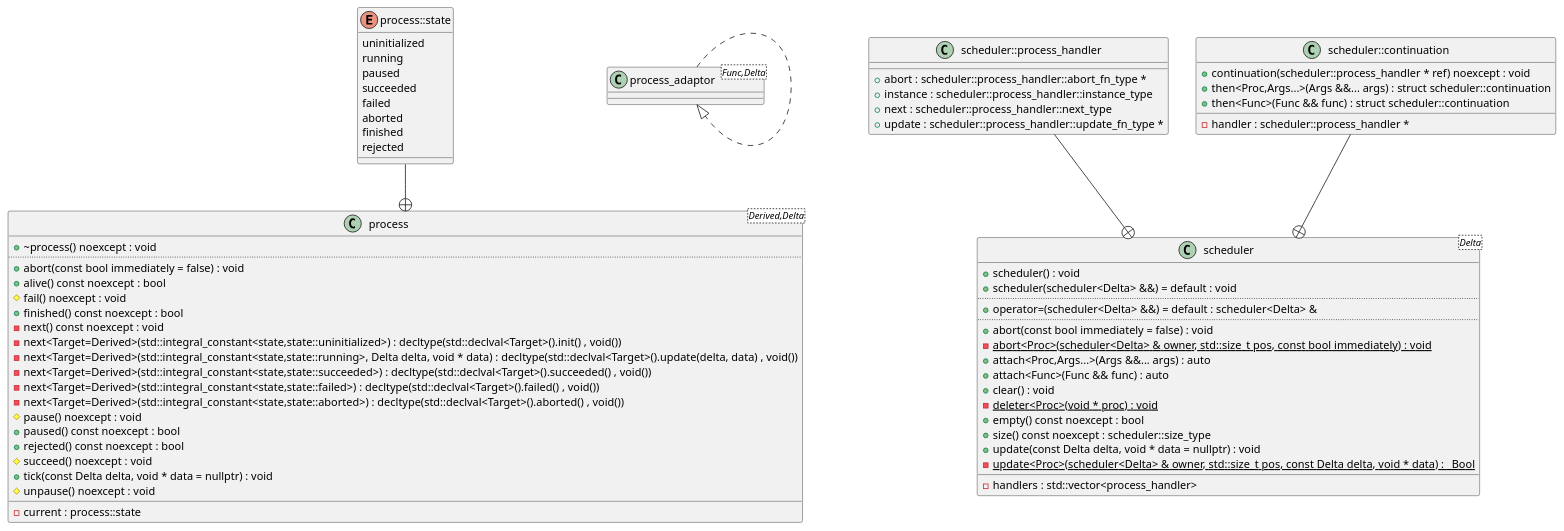
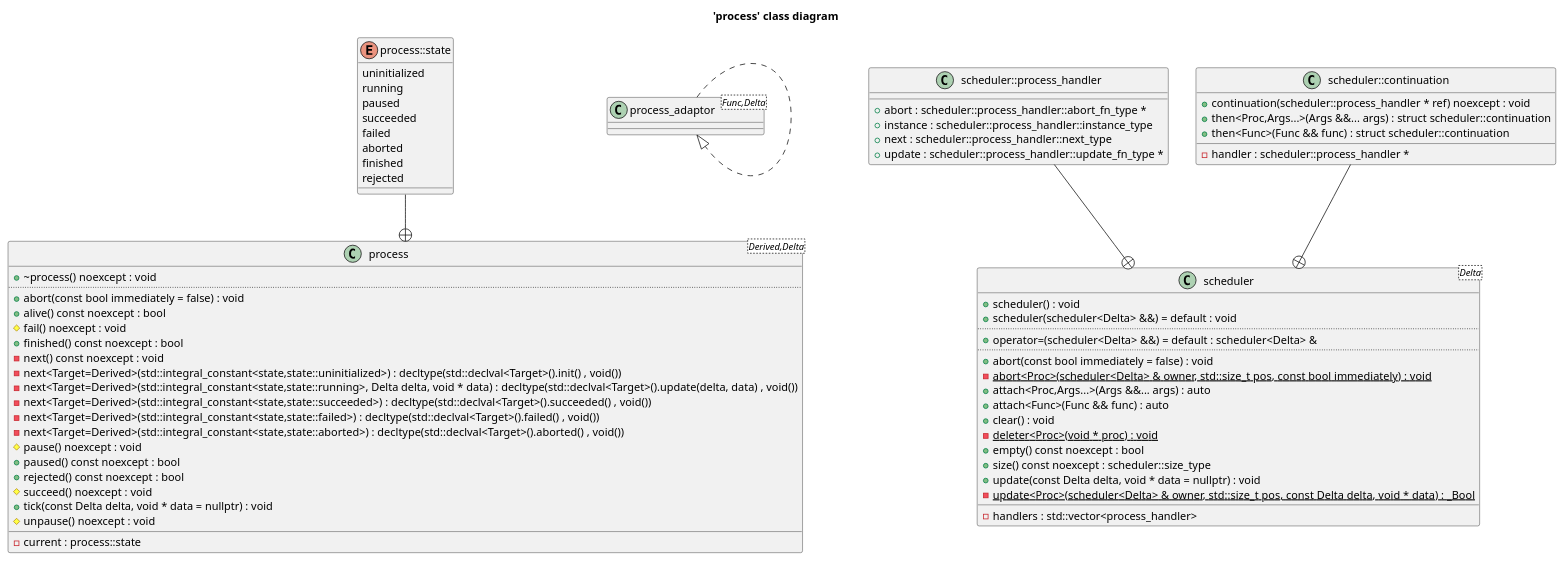
The diagram in entt/puml/process_class_diagram.puml (bkryza/clang-uml-examples), drawn with PlantUML before and after one commit. The commit also changed 149 other files, not shown here.

```diff
--- a/entt/puml/process_class_diagram.puml
+++ b/entt/puml/process_class_diagram.puml
@@ -1,83 +1,84 @@
 @startuml
+title 'process' class diagram
 class "process<Derived,Delta>" as C_0002250218767873034998
 class C_0002250218767873034998 [[https://github.com/skypjack/entt/blob/fef921132cae7588213d0f9bcd2fb9c8ffd8b7fc/src/entt/process/process.hpp#L70{process}]] {
 +~process() noexcept : void [[[https://github.com/skypjack/entt/blob/fef921132cae7588213d0f9bcd2fb9c8ffd8b7fc/src/entt/process/process.hpp#L168{~process}]]]
 ..
 +abort(const bool immediately = false) : void [[[https://github.com/skypjack/entt/blob/fef921132cae7588213d0f9bcd2fb9c8ffd8b7fc/src/entt/process/process.hpp#L180{abort}]]]
 +alive() const noexcept : bool [[[https://github.com/skypjack/entt/blob/fef921132cae7588213d0f9bcd2fb9c8ffd8b7fc/src/entt/process/process.hpp#L194{alive}]]]
 #fail() noexcept : void [[[https://github.com/skypjack/entt/blob/fef921132cae7588213d0f9bcd2fb9c8ffd8b7fc/src/entt/process/process.hpp#L133{fail}]]]
 +finished() const noexcept : bool [[[https://github.com/skypjack/entt/blob/fef921132cae7588213d0f9bcd2fb9c8ffd8b7fc/src/entt/process/process.hpp#L202{finished}]]]
 -next() const noexcept : void [[[https://github.com/skypjack/entt/blob/fef921132cae7588213d0f9bcd2fb9c8ffd8b7fc/src/entt/process/process.hpp#L112{next}]]]
 -next<Target=Derived>(std::integral_constant<state,state::uninitialized>) : decltype(std::declval<Target>().init() , void())
 -next<Target=Derived>(std::integral_constant<state,state::running>, Delta delta, void * data) : decltype(std::declval<Target>().update(delta, data) , void())
 -next<Target=Derived>(std::integral_constant<state,state::succeeded>) : decltype(std::declval<Target>().succeeded() , void())
 -next<Target=Derived>(std::integral_constant<state,state::failed>) : decltype(std::declval<Target>().failed() , void())
 -next<Target=Derived>(std::integral_constant<state,state::aborted>) : decltype(std::declval<Target>().aborted() , void())
 #pause() noexcept : void [[[https://github.com/skypjack/entt/blob/fef921132cae7588213d0f9bcd2fb9c8ffd8b7fc/src/entt/process/process.hpp#L145{pause}]]]
 +paused() const noexcept : bool [[[https://github.com/skypjack/entt/blob/fef921132cae7588213d0f9bcd2fb9c8ffd8b7fc/src/entt/process/process.hpp#L210{paused}]]]
 +rejected() const noexcept : bool [[[https://github.com/skypjack/entt/blob/fef921132cae7588213d0f9bcd2fb9c8ffd8b7fc/src/entt/process/process.hpp#L218{rejected}]]]
 #succeed() noexcept : void [[[https://github.com/skypjack/entt/blob/fef921132cae7588213d0f9bcd2fb9c8ffd8b7fc/src/entt/process/process.hpp#L121{succeed}]]]
 +tick(const Delta delta, void * data = nullptr) : void [[[https://github.com/skypjack/entt/blob/fef921132cae7588213d0f9bcd2fb9c8ffd8b7fc/src/entt/process/process.hpp#L227{tick}]]]
 #unpause() noexcept : void [[[https://github.com/skypjack/entt/blob/fef921132cae7588213d0f9bcd2fb9c8ffd8b7fc/src/entt/process/process.hpp#L157{unpause}]]]
 __
 -current : process::state [[[https://github.com/skypjack/entt/blob/fef921132cae7588213d0f9bcd2fb9c8ffd8b7fc/src/entt/process/process.hpp#L262{current}]]]
 }
 enum "process::state" as C_0000364718339823005686
 enum C_0000364718339823005686 [[https://github.com/skypjack/entt/blob/fef921132cae7588213d0f9bcd2fb9c8ffd8b7fc/src/entt/process/process.hpp#L71{process##state}]] {
 uninitialized
 running
 paused
 succeeded
 failed
 aborted
 finished
 rejected
 }
 class "process_adaptor<Func,Delta>" as C_0000987817905510358710
 class C_0000987817905510358710 [[https://github.com/skypjack/entt/blob/fef921132cae7588213d0f9bcd2fb9c8ffd8b7fc/src/entt/process/process.hpp#L70{process_adaptor}]] {
 __
 }
 class "scheduler<Delta>" as C_0001693309150905075514
 class C_0001693309150905075514 [[https://github.com/skypjack/entt/blob/fef921132cae7588213d0f9bcd2fb9c8ffd8b7fc/src/entt/process/scheduler.hpp#L41{scheduler}]] {
 +scheduler() : void [[[https://github.com/skypjack/entt/blob/fef921132cae7588213d0f9bcd2fb9c8ffd8b7fc/src/entt/process/scheduler.hpp#L111{scheduler}]]]
 +scheduler(scheduler<Delta> &&) = default : void [[[https://github.com/skypjack/entt/blob/fef921132cae7588213d0f9bcd2fb9c8ffd8b7fc/src/entt/process/scheduler.hpp#L115{scheduler}]]]
 ..
 +operator=(scheduler<Delta> &&) = default : scheduler<Delta> & [[[https://github.com/skypjack/entt/blob/fef921132cae7588213d0f9bcd2fb9c8ffd8b7fc/src/entt/process/scheduler.hpp#L118{operator=}]]]
 ..
 +abort(const bool immediately = false) : void [[[https://github.com/skypjack/entt/blob/fef921132cae7588213d0f9bcd2fb9c8ffd8b7fc/src/entt/process/scheduler.hpp#L270{abort}]]]
 {static} -abort<Proc>(scheduler<Delta> & owner, std::size_t pos, const bool immediately) : void
 +attach<Proc,Args...>(Args &&... args) : auto
 +attach<Func>(Func && func) : auto
 +clear() : void [[[https://github.com/skypjack/entt/blob/fef921132cae7588213d0f9bcd2fb9c8ffd8b7fc/src/entt/process/scheduler.hpp#L142{clear}]]]
 {static} -deleter<Proc>(void * proc) : void
 +empty() const noexcept : bool [[[https://github.com/skypjack/entt/blob/fef921132cae7588213d0f9bcd2fb9c8ffd8b7fc/src/entt/process/scheduler.hpp#L132{empty}]]]
 +size() const noexcept : scheduler::size_type [[[https://github.com/skypjack/entt/blob/fef921132cae7588213d0f9bcd2fb9c8ffd8b7fc/src/entt/process/scheduler.hpp#L124{size}]]]
 +update(const Delta delta, void * data = nullptr) : void [[[https://github.com/skypjack/entt/blob/fef921132cae7588213d0f9bcd2fb9c8ffd8b7fc/src/entt/process/scheduler.hpp#L249{update}]]]
 {static} -update<Proc>(scheduler<Delta> & owner, std::size_t pos, const Delta delta, void * data) : _Bool
 __
 -handlers : std::vector<process_handler> [[[https://github.com/skypjack/entt/blob/fef921132cae7588213d0f9bcd2fb9c8ffd8b7fc/src/entt/process/scheduler.hpp#L278{handlers}]]]
 }
 class "scheduler::process_handler" as C_0000844935833660429083
 class C_0000844935833660429083 [[https://github.com/skypjack/entt/blob/fef921132cae7588213d0f9bcd2fb9c8ffd8b7fc/src/entt/process/scheduler.hpp#L42{scheduler##process_handler}]] {
 __
 +abort : scheduler::process_handler::abort_fn_type * [[[https://github.com/skypjack/entt/blob/fef921132cae7588213d0f9bcd2fb9c8ffd8b7fc/src/entt/process/scheduler.hpp#L50{abort}]]]
 +instance : scheduler::process_handler::instance_type [[[https://github.com/skypjack/entt/blob/fef921132cae7588213d0f9bcd2fb9c8ffd8b7fc/src/entt/process/scheduler.hpp#L48{instance}]]]
 +next : scheduler::process_handler::next_type [[[https://github.com/skypjack/entt/blob/fef921132cae7588213d0f9bcd2fb9c8ffd8b7fc/src/entt/process/scheduler.hpp#L51{next}]]]
 +update : scheduler::process_handler::update_fn_type * [[[https://github.com/skypjack/entt/blob/fef921132cae7588213d0f9bcd2fb9c8ffd8b7fc/src/entt/process/scheduler.hpp#L49{update}]]]
 }
 class "scheduler::continuation" as C_0001603671107212245628
 class C_0001603671107212245628 [[https://github.com/skypjack/entt/blob/fef921132cae7588213d0f9bcd2fb9c8ffd8b7fc/src/entt/process/scheduler.hpp#L54{scheduler##continuation}]] {
 +continuation(scheduler::process_handler * ref) noexcept : void [[[https://github.com/skypjack/entt/blob/fef921132cae7588213d0f9bcd2fb9c8ffd8b7fc/src/entt/process/scheduler.hpp#L55{continuation}]]]
 +then<Proc,Args...>(Args &&... args) : struct scheduler::continuation
 +then<Func>(Func && func) : struct scheduler::continuation
 __
 -handler : scheduler::process_handler * [[[https://github.com/skypjack/entt/blob/fef921132cae7588213d0f9bcd2fb9c8ffd8b7fc/src/entt/process/scheduler.hpp#L73{handler}]]]
 }
 C_0000364718339823005686 --+ C_0002250218767873034998
 C_0000987817905510358710 ..|> C_0000987817905510358710
 C_0000844935833660429083 --+ C_0001693309150905075514
 C_0001603671107212245628 --+ C_0001693309150905075514
 
-'Generated with clang-uml, version 0.3.7-36-g13ea67c
-'LLVM version Ubuntu clang version 15.0.6
+'Generated with clang-uml, version 0.4.0-9-gc398c6f
+'LLVM version Ubuntu clang version 15.0.7
 @enduml
```
